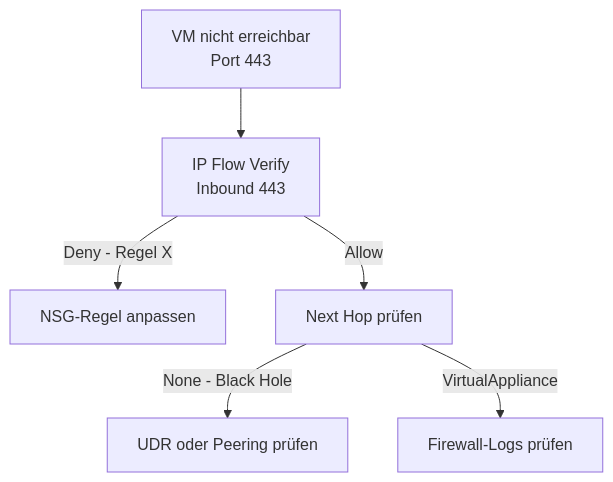
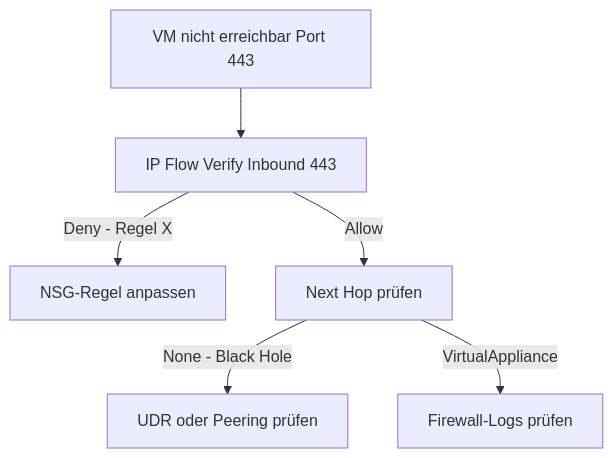
Before and after one commit to SoniiiT/notes-n-docs: the seventh of 7 diagrams in Microsoft 365/Azure/Netzwerk/Azure Network Watcher.md, drawn with Mermaid. The commit also changed other lines of this file and 124 other files, not shown here.

First line of the commit message:
fix: Entferne \n aus allen Mermaid-Diagrammen (125 Dateien)

````diff
--- a/Microsoft 365/Azure/Netzwerk/Azure Network Watcher.md
+++ b/Microsoft 365/Azure/Netzwerk/Azure Network Watcher.md
@@ -416,8 +416,8 @@
 ```mermaid
 graph TD
-    PROB[VM nicht erreichbar\nPort 443] --> IPF[IP Flow Verify\nInbound 443]
+    PROB[VM nicht erreichbar Port 443] --> IPF[IP Flow Verify Inbound 443]
     IPF -->|Deny - Regel X| FIX_NSG[NSG-Regel anpassen]
     IPF -->|Allow| NEXT[Next Hop prüfen]
     NEXT -->|None - Black Hole| FIX_UDR[UDR oder Peering prüfen]
     NEXT -->|VirtualAppliance| FW_CHECK[Firewall-Logs prüfen]
 ```
````
